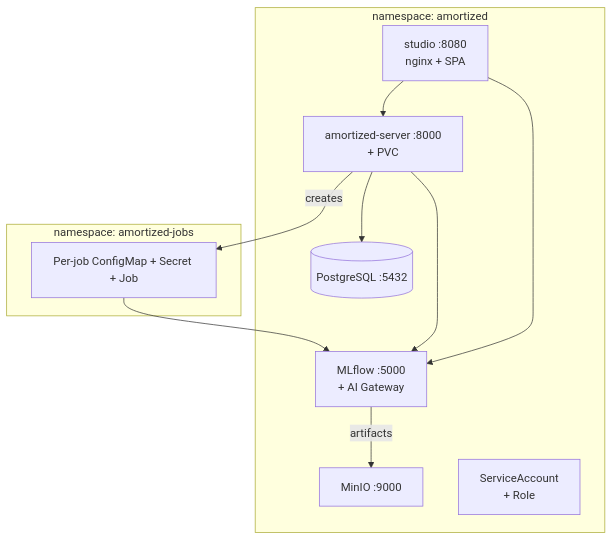
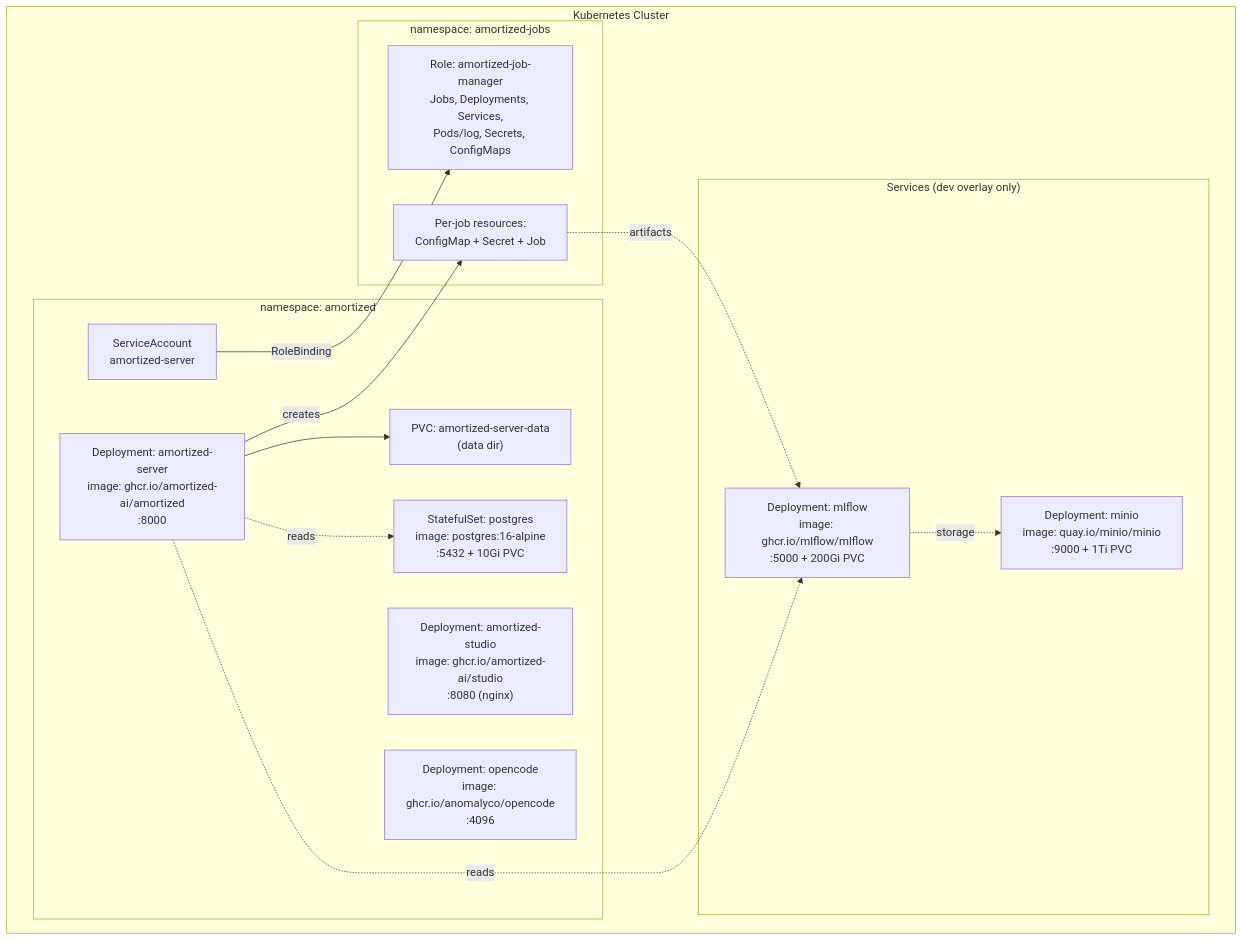
One commit to amortized-ai/amortized changed the fifth of 7 diagrams in docs/architecture.md. Above: the diagram before and after it, drawn with Mermaid. The commit also changed other lines of this file and 32 other files, not shown here.

First line of the commit message:
feat: rhoai showcase e2e — job MLflow auth, direct model providers, async agent

````diff
--- a/docs/architecture.md
+++ b/docs/architecture.md
@@ -516,23 +344,31 @@
 ```mermaid
 graph TB
-    subgraph ns["namespace: amortized"]
-        srv["amortized-server :8000<br/>+ PVC"]
-        st["studio :8080<br/>nginx + SPA"]
-        mlflow["MLflow :5000<br/>+ AI Gateway"]
-        minio["MinIO :9000"]
-        pg[("PostgreSQL :5432")]
-        sa["ServiceAccount<br/>+ Role"]
+    subgraph cluster["Kubernetes Cluster"]
+        subgraph ns_main["namespace: amortized"]
+            sa["ServiceAccount<br/>amortized-server"]
+            server_dep["Deployment: amortized-server<br/>image: ghcr.io/amortized-ai/amortized<br/>:8000"]
+            server_pvc["PVC: amortized-server-data<br/>(data dir)"]
+            studio_dep["Deployment: amortized-studio<br/>image: ghcr.io/amortized-ai/studio<br/>:8080 (nginx)"]
+            opencode_dep["Deployment: opencode<br/>image: ghcr.io/anomalyco/opencode<br/>:4096"]
+            pg_sts["StatefulSet: postgres<br/>image: postgres:16-alpine<br/>:5432 + 10Gi PVC"]
+        end
+
+        subgraph ns_services["Services (dev overlay only)"]
+            mlflow_dep["Deployment: mlflow<br/>image: ghcr.io/mlflow/mlflow<br/>:5000 + 200Gi PVC"]
+            minio_dep["Deployment: minio<br/>image: quay.io/minio/minio<br/>:9000 + 1Ti PVC"]
+        end
+
+        subgraph ns_jobs["namespace: amortized-jobs"]
+            role["Role: amortized-job-manager<br/>Jobs, Deployments, Services,<br/>Pods/log, Secrets, ConfigMaps"]
+            job_resources["Per-job resources:<br/>ConfigMap + Secret + Job"]
+        end
     end
 
-    subgraph jobs["namespace: amortized-jobs"]
-        j["Per-job ConfigMap + Secret + Job"]
-    end
-
-    st --> srv
-    st --> mlflow
-    srv --> pg
-    srv --> mlflow
-    srv -->|creates| j
-    j --> mlflow
-    mlflow -->|artifacts| minio
+    sa -->|"RoleBinding"| role
+    server_dep -->|"creates"| job_resources
+    server_dep --> server_pvc
+    server_dep -.->|"reads"| pg_sts
+    server_dep -.->|"reads"| mlflow_dep
+    job_resources -.->|"artifacts"| mlflow_dep
+    mlflow_dep -.->|"storage"| minio_dep
 ```
````
